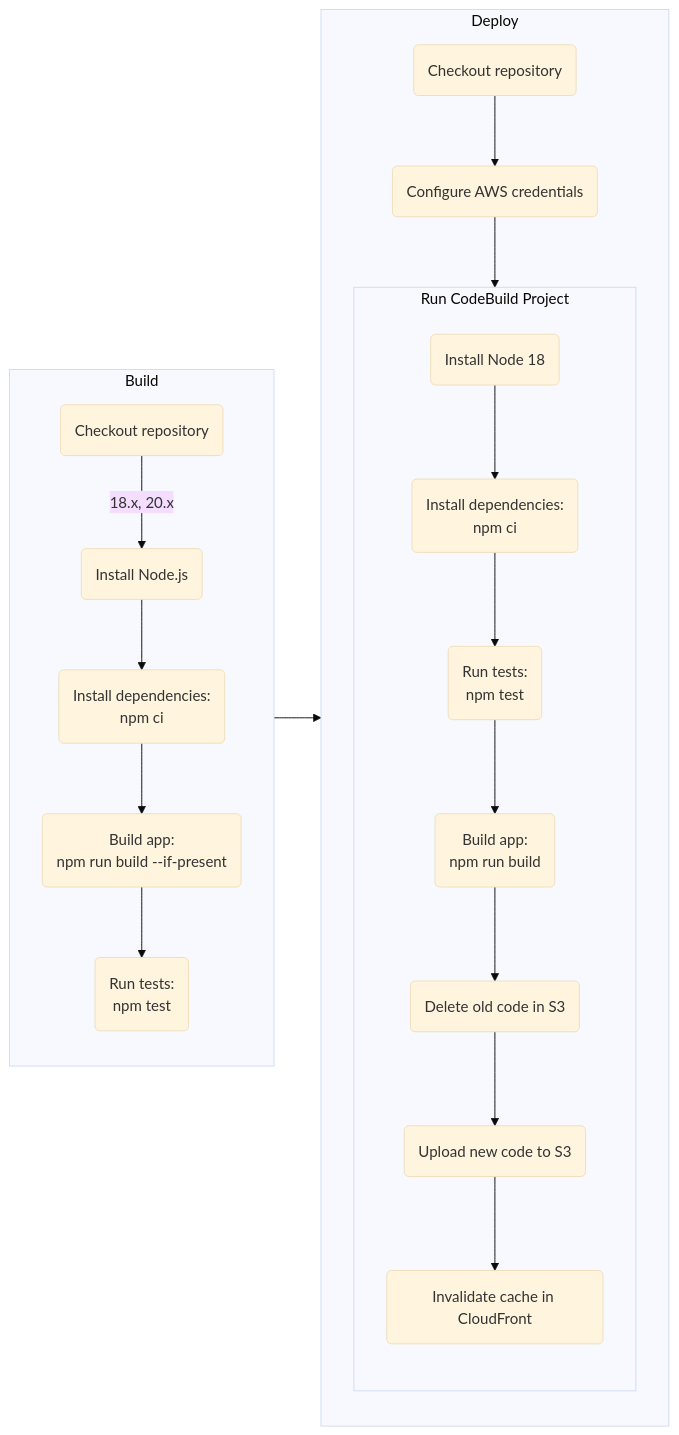
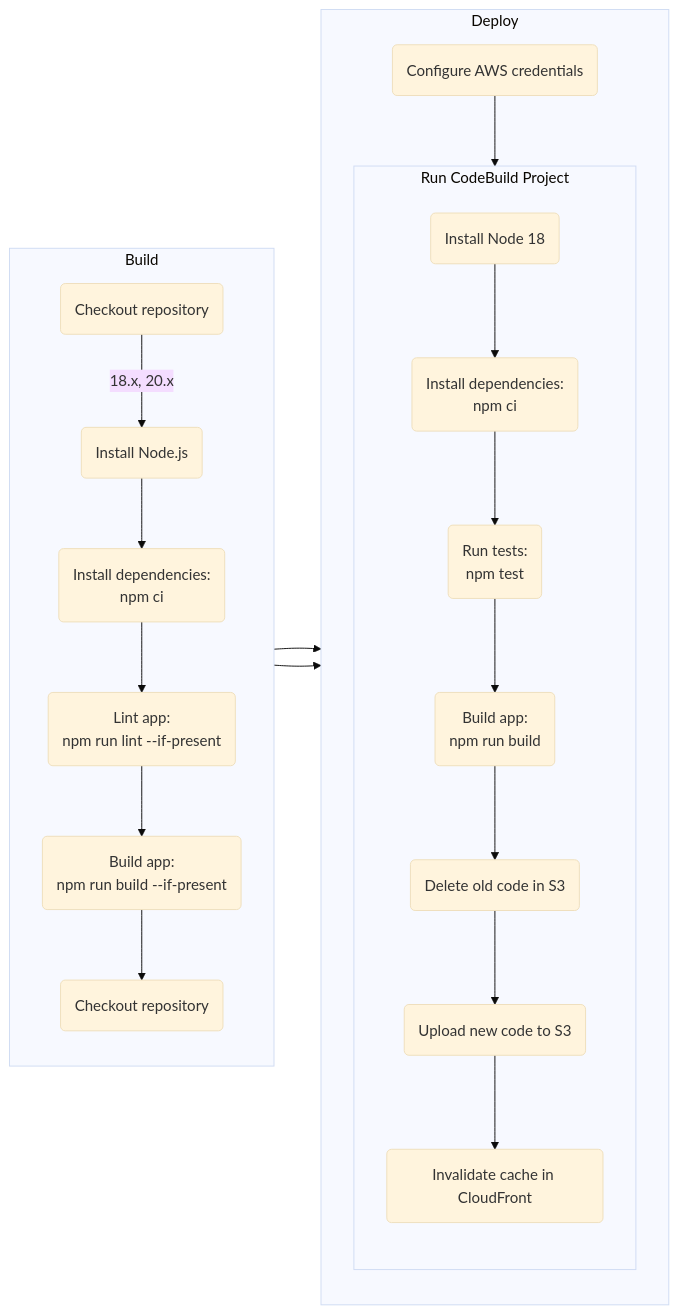
Before and after one commit to Abhiek187/aws-shop: the first of 4 diagrams in README.md, drawn with Mermaid (base theme).

Commit message:
Add lint step in the Node diagram

````diff
--- a/README.md
+++ b/README.md
@@ -48,29 +48,30 @@
 ```mermaid
 flowchart LR
 
 A --> B
 
 subgraph A [Build]
 direction TB
 C(Checkout repository) -->|18.x, 20.x| D(Install Node.js)
 D --> E(Install dependencies:\nnpm ci)
-E --> F(Build app:\nnpm run build --if-present)
-F --> G(Run tests:\nnpm test)
+E --> F(Lint app:\nnpm run lint --if-present)
+F --> G(Build app:\nnpm run build --if-present)
+G --> H(Run tests:\nnpm test)
 end
 
 subgraph B [Deploy]
 direction TB
 H(Checkout repository) --> I(Configure AWS credentials)
 I --> J
 end
 
 subgraph J [Run CodeBuild Project]
 direction TB
 K(Install Node 18) --> L(Install dependencies:\nnpm ci)
 L --> M(Run tests:\nnpm test)
 M --> N(Build app:\nnpm run build)
 N --> O(Delete old code in S3)
 O --> P(Upload new code to S3)
 P --> Q(Invalidate cache in CloudFront)
 end
 ```
````
